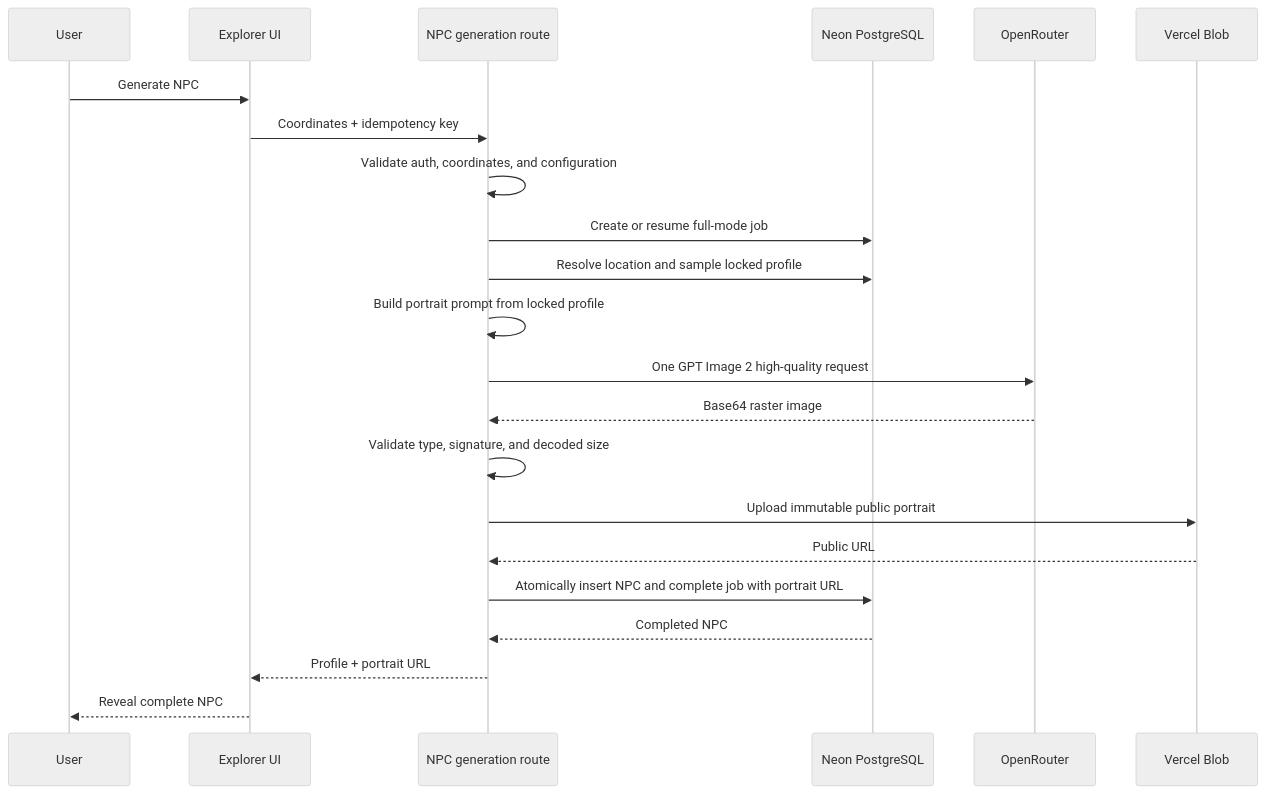
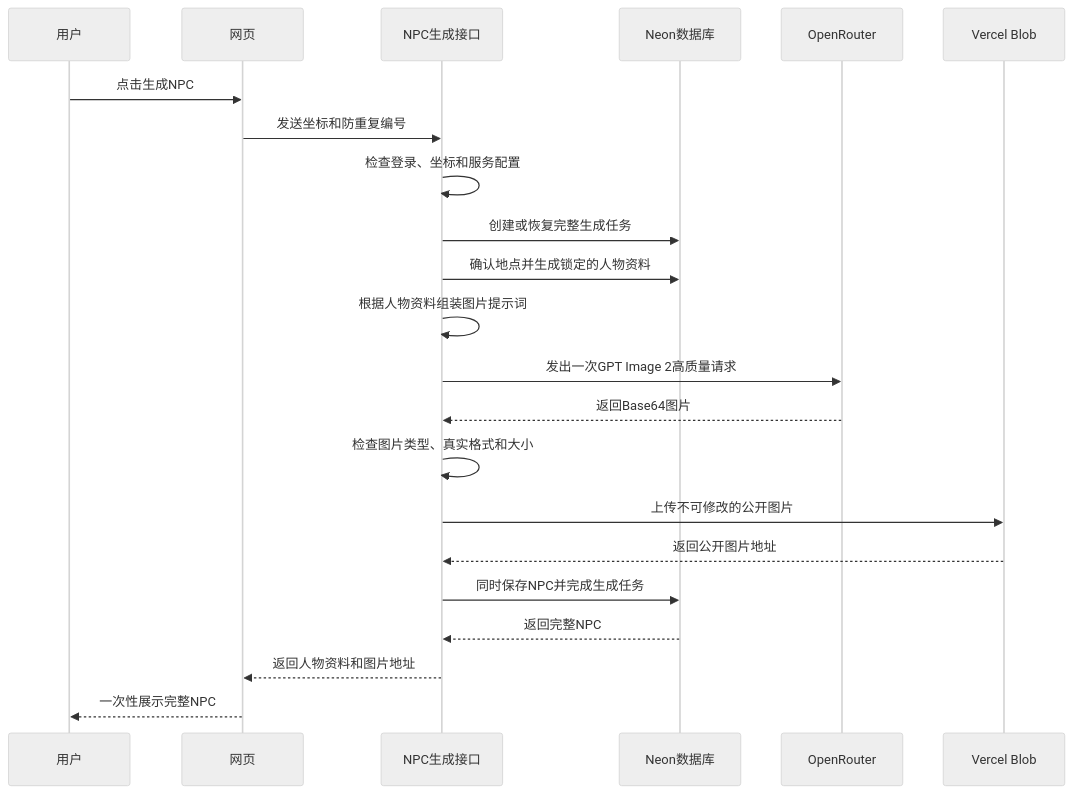
One commit to MrParamecium/london-npc-explorer changed the diagram in docs/superpowers/specs/2026-08-14-gpt-image-2-portrait-generation-design.md. Above: the diagram before and after it, drawn with Mermaid (neutral theme). The commit also changed other lines of this file, not shown here.

Commit message:
docs: translate portrait design to Chinese

````diff
--- a/docs/superpowers/specs/2026-08-14-gpt-image-2-portrait-generation-design.md
+++ b/docs/superpowers/specs/2026-08-14-gpt-image-2-portrait-generation-design.md
@@ -80,25 +67,25 @@
 ```mermaid
 sequenceDiagram
-    participant U as User
-    participant UI as Explorer UI
-    participant API as NPC generation route
-    participant DB as Neon PostgreSQL
+    participant U as 用户
+    participant UI as 网页
+    participant API as NPC生成接口
+    participant DB as Neon数据库
     participant OR as OpenRouter
     participant Blob as Vercel Blob
 
-    U->>UI: Generate NPC
-    UI->>API: Coordinates + idempotency key
-    API->>API: Validate auth, coordinates, and configuration
-    API->>DB: Create or resume full-mode job
-    API->>DB: Resolve location and sample locked profile
-    API->>API: Build portrait prompt from locked profile
-    API->>OR: One GPT Image 2 high-quality request
-    OR-->>API: Base64 raster image
-    API->>API: Validate type, signature, and decoded size
-    API->>Blob: Upload immutable public portrait
-    Blob-->>API: Public URL
-    API->>DB: Atomically insert NPC and complete job with portrait URL
-    DB-->>API: Completed NPC
-    API-->>UI: Profile + portrait URL
-    UI-->>U: Reveal complete NPC
+    U->>UI: 点击生成NPC
+    UI->>API: 发送坐标和防重复编号
+    API->>API: 检查登录、坐标和服务配置
+    API->>DB: 创建或恢复完整生成任务
+    API->>DB: 确认地点并生成锁定的人物资料
+    API->>API: 根据人物资料组装图片提示词
+    API->>OR: 发出一次GPT Image 2高质量请求
+    OR-->>API: 返回Base64图片
+    API->>API: 检查图片类型、真实格式和大小
+    API->>Blob: 上传不可修改的公开图片
+    Blob-->>API: 返回公开图片地址
+    API->>DB: 同时保存NPC并完成生成任务
+    DB-->>API: 返回完整NPC
+    API-->>UI: 返回人物资料和图片地址
+    UI-->>U: 一次性展示完整NPC
 ```
````
